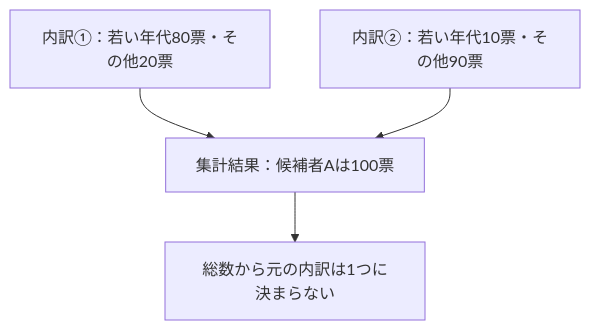
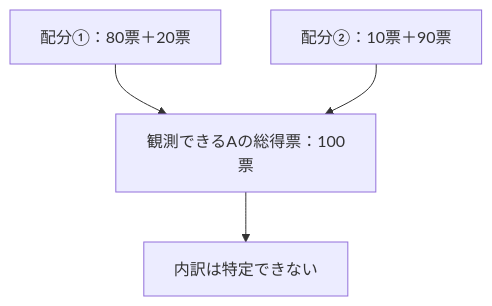
Before and after one commit to Osino-Niso/econ-data-lab: the diagram in articles/election-age-aggregate.md, drawn with Mermaid. The commit also changed other lines of this file, not shown here.

````diff
--- a/articles/election-age-aggregate.md
+++ b/articles/election-age-aggregate.md
@@ -53,6 +71,6 @@
 ```mermaid
 flowchart TD
-    P["内訳①：若い年代80票・その他20票"] --> T["集計結果：候補者Aは100票"]
-    Q["内訳②：若い年代10票・その他90票"] --> T
-    T --> U["総数から元の内訳は1つに決まらない"]
+    A["配分①：80票＋20票"] --> T["観測できるAの総得票：100票"]
+    B["配分②：10票＋90票"] --> T
+    T --> C["内訳は特定できない"]
 ```
````
